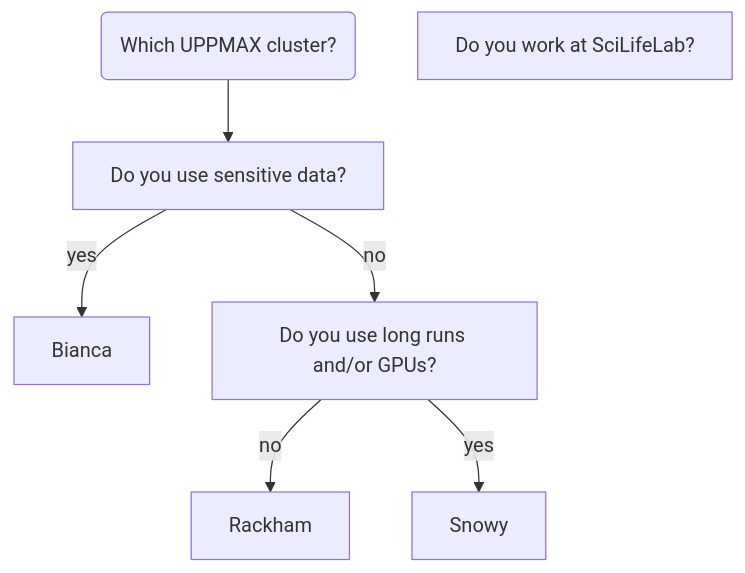
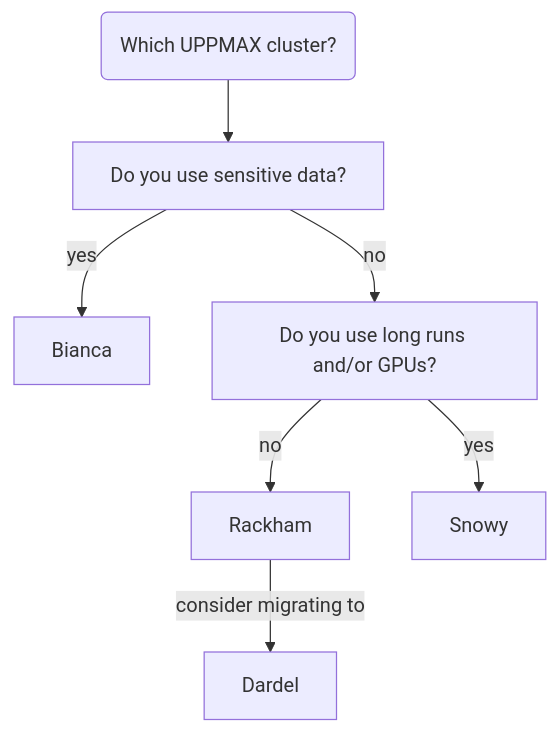
Before and after one commit to UPPMAX/UPPMAX-documentation: the first of 3 diagrams in docs/cluster_guides/uppmax_cluster.md, drawn with Mermaid. The commit also changed other lines of this file and 1 other file, not shown here.

Commit message:
Add Dardel

````diff
--- a/docs/cluster_guides/uppmax_cluster.md
+++ b/docs/cluster_guides/uppmax_cluster.md
@@ -34,16 +40,17 @@
 ```mermaid
 flowchart TD
     UPPMAX(Which UPPMAX cluster?)
     Bianca
+    Dardel
     Rackham
     Snowy
     is_sensitive[Do you use sensitive data?]
-    is_scilifelab[Do you work at SciLifeLab?]
     is_long[Do you use long runs and/or GPUs?]
 
     UPPMAX --> is_sensitive 
     is_sensitive --> |yes|Bianca
     is_sensitive --> |no|is_long
     is_long --> |no|Rackham
     is_long --> |yes|Snowy
+    Rackham --> |consider migrating to| Dardel
 ```
````
